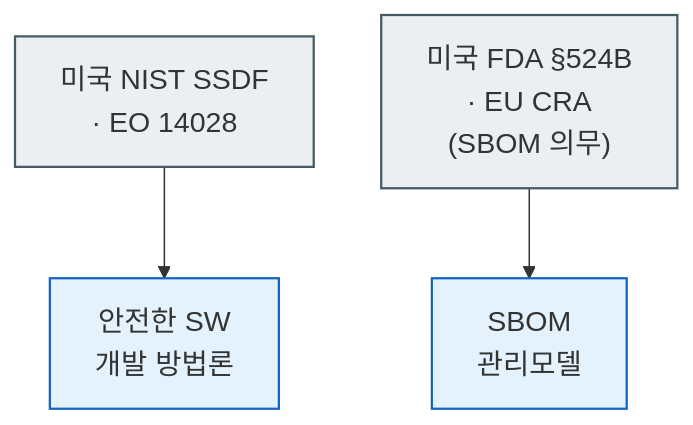
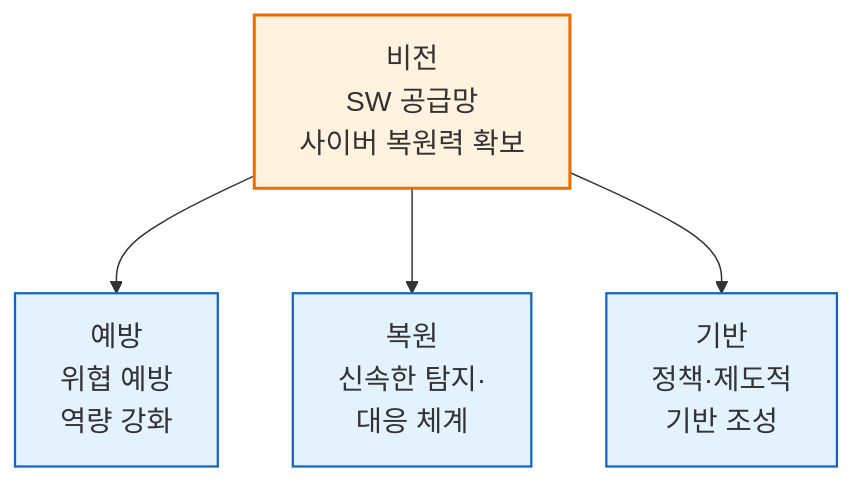
One commit to haksungjang/haksungjang.github.io changed the first of 2 diagrams in content/en/research/2026-sw-supply-chain-roadmap/_index.md. Above: the diagram before and after it, drawn with Mermaid. The commit also changed other lines of this file, not shown here.

Commit message:
SW 공급망 보안 로드맵 분석 글 전면 개정 (로드맵 실질 중심 재구성)

````diff
--- a/content/en/research/2026-sw-supply-chain-roadmap/_index.md
+++ b/content/en/research/2026-sw-supply-chain-roadmap/_index.md
@@ -79,14 +39,13 @@
 ```mermaid
-%%{init: {'theme':'default', 'themeVariables': {'fontSize':'19px'}, 'flowchart': {'nodeSpacing': 45, 'rankSpacing': 60}} }%%
+%%{init: {'theme':'default', 'themeVariables': {'fontSize':'19px'}, 'flowchart': {'nodeSpacing': 50, 'rankSpacing': 70}} }%%
 flowchart TB
-    G1["미국 NIST SSDF<br/>· EO 14028"]
-    G2["미국 FDA §524B<br/>· EU CRA<br/>(SBOM 의무)"]
+    V["비전<br/>SW 공급망<br/>사이버 복원력 확보"]
+    V --> A["예방<br/>위협 예방<br/>역량 강화"]
+    V --> B["복원<br/>신속한 탐지·<br/>대응 체계"]
+    V --> C["기반<br/>정책·제도적<br/>기반 조성"]
 
-    G1 --> T1["안전한 SW<br/>개발 방법론"]
-    G2 --> T2["SBOM<br/>관리모델"]
-
-    style G1 fill:#eceff1,stroke:#455a64,stroke-width:1.5px
-    style G2 fill:#eceff1,stroke:#455a64,stroke-width:1.5px
-    style T1 fill:#e3f2fd,stroke:#1565c0,stroke-width:1.5px
-    style T2 fill:#e3f2fd,stroke:#1565c0,stroke-width:1.5px
+    style V fill:#fff3e0,stroke:#ef6c00,stroke-width:2px
+    style A fill:#e3f2fd,stroke:#1565c0,stroke-width:1.5px
+    style B fill:#e3f2fd,stroke:#1565c0,stroke-width:1.5px
+    style C fill:#e3f2fd,stroke:#1565c0,stroke-width:1.5px
 ```
````
